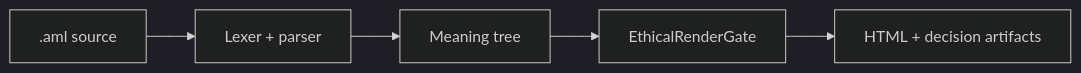
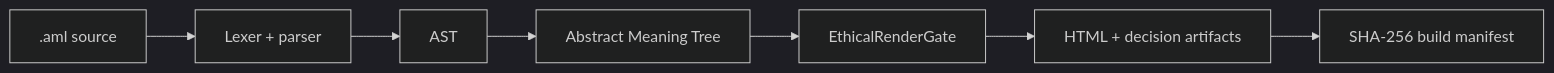
The diagram in README.md (aruintelligence/aml-core), drawn with Mermaid (dark theme) before and after one commit. The commit also changed other lines of this file, not shown here.

````diff
--- a/README.md
+++ b/README.md
@@ -54,7 +63,9 @@
 ```mermaid
 flowchart LR
     A[".aml source"] --> B["Lexer + parser"]
-    B --> C["Meaning tree"]
-    C --> D["EthicalRenderGate"]
-    D --> E["HTML + decision artifacts"]
+    B --> C["AST"]
+    C --> D["Abstract Meaning Tree"]
+    D --> E["EthicalRenderGate"]
+    E --> F["HTML + decision artifacts"]
+    F --> G["SHA-256 build manifest"]
 ```
````
